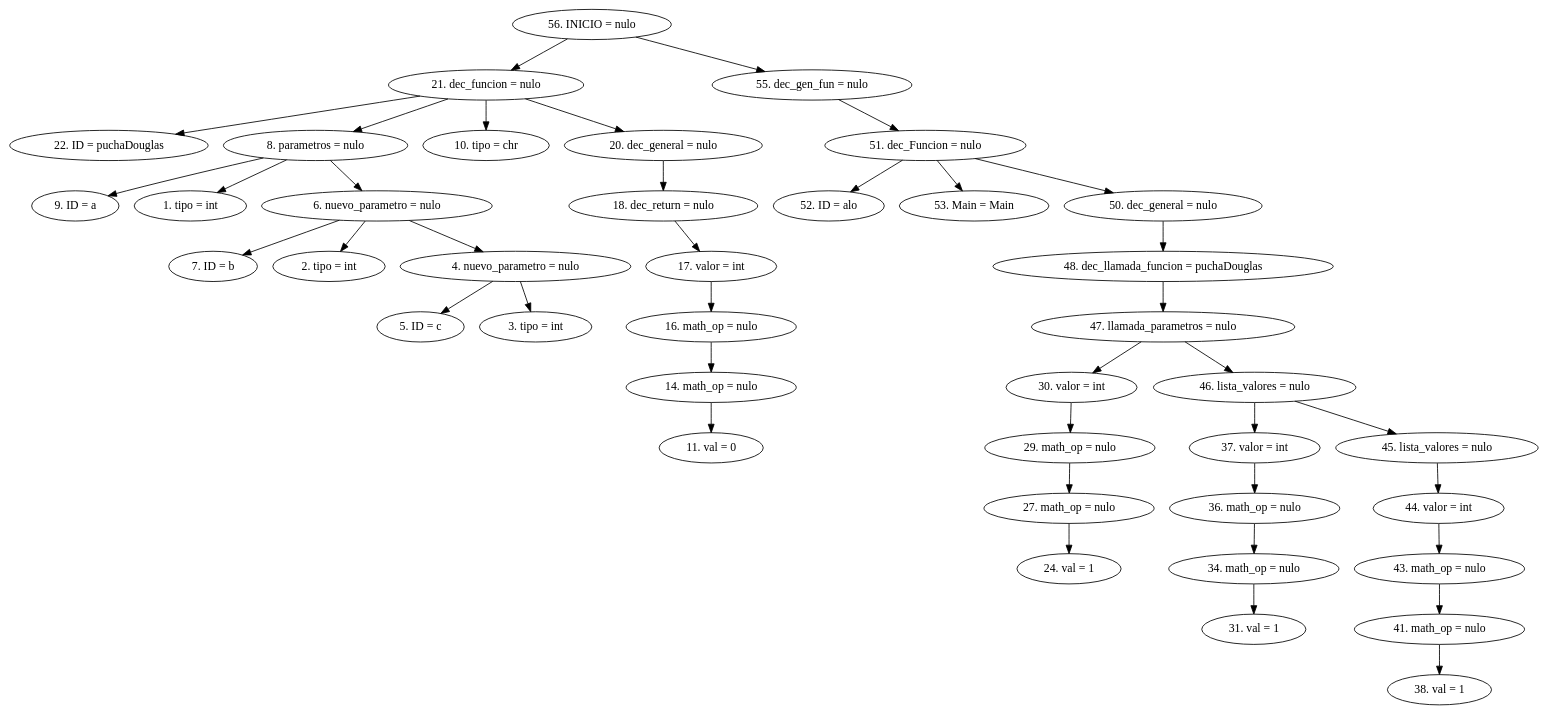
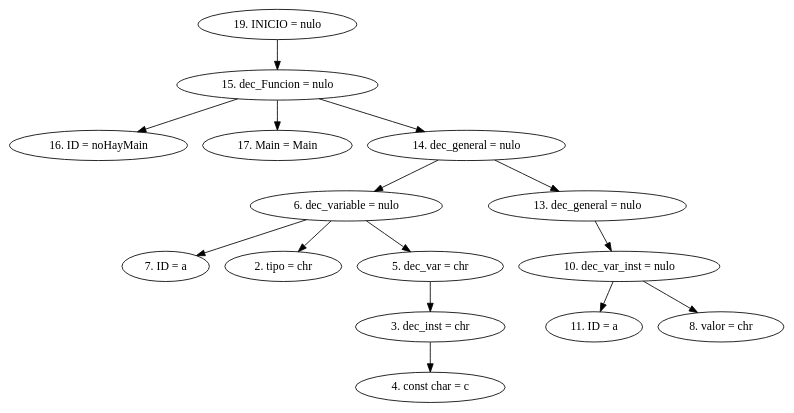
The diagram in AST.dot (CarlosSosVos/NACHTs), drawn with Graphviz before and after one commit. The commit also changed 11 other files, not shown here.

```diff
--- a/AST.dot
+++ b/AST.dot
@@ -1,43 +1,18 @@
 digraph G {
-"56. INICIO = nulo"->"21. dec_funcion = nulo"
-"21. dec_funcion = nulo"->"22. ID = puchaDouglas"
-"21. dec_funcion = nulo"->"8. parametros = nulo"
-"8. parametros = nulo"->"9. ID = a"
-"8. parametros = nulo"->"1. tipo = int"
-"8. parametros = nulo"->"6. nuevo_parametro = nulo"
-"6. nuevo_parametro = nulo"->"7. ID = b"
-"6. nuevo_parametro = nulo"->"2. tipo = int"
-"6. nuevo_parametro = nulo"->"4. nuevo_parametro = nulo"
-"4. nuevo_parametro = nulo"->"5. ID = c"
-"4. nuevo_parametro = nulo"->"3. tipo = int"
-"21. dec_funcion = nulo"->"10. tipo = chr"
-"21. dec_funcion = nulo"->"20. dec_general = nulo"
-"20. dec_general = nulo"->"18. dec_return = nulo"
-"18. dec_return = nulo"->"17. valor = int"
-"17. valor = int"->"16. math_op = nulo"
-"16. math_op = nulo"->"14. math_op = nulo"
-"14. math_op = nulo"->"11. val = 0"
-"56. INICIO = nulo"->"55. dec_gen_fun = nulo"
-"55. dec_gen_fun = nulo"->"51. dec_Funcion = nulo"
-"51. dec_Funcion = nulo"->"52. ID = alo"
-"51. dec_Funcion = nulo"->"53. Main = Main"
-"51. dec_Funcion = nulo"->"50. dec_general = nulo"
-"50. dec_general = nulo"->"48. dec_llamada_funcion = puchaDouglas"
-"48. dec_llamada_funcion = puchaDouglas"->"47. llamada_parametros = nulo"
-"47. llamada_parametros = nulo"->"30. valor = int"
-"30. valor = int"->"29. math_op = nulo"
-"29. math_op = nulo"->"27. math_op = nulo"
-"27. math_op = nulo"->"24. val = 1"
-"47. llamada_parametros = nulo"->"46. lista_valores = nulo"
-"46. lista_valores = nulo"->"37. valor = int"
-"37. valor = int"->"36. math_op = nulo"
-"36. math_op = nulo"->"34. math_op = nulo"
-"34. math_op = nulo"->"31. val = 1"
-"46. lista_valores = nulo"->"45. lista_valores = nulo"
-"45. lista_valores = nulo"->"44. valor = int"
-"44. valor = int"->"43. math_op = nulo"
-"43. math_op = nulo"->"41. math_op = nulo"
-"41. math_op = nulo"->"38. val = 1"
+"19. INICIO = nulo"->"15. dec_Funcion = nulo"
+"15. dec_Funcion = nulo"->"16. ID = noHayMain"
+"15. dec_Funcion = nulo"->"17. Main = Main"
+"15. dec_Funcion = nulo"->"14. dec_general = nulo"
+"14. dec_general = nulo"->"6. dec_variable = nulo"
+"6. dec_variable = nulo"->"7. ID = a"
+"6. dec_variable = nulo"->"2. tipo = chr"
+"6. dec_variable = nulo"->"5. dec_var = chr"
+"5. dec_var = chr"->"3. dec_inst = chr"
+"3. dec_inst = chr"->"4. const char = c"
+"14. dec_general = nulo"->"13. dec_general = nulo"
+"13. dec_general = nulo"->"10. dec_var_inst = nulo"
+"10. dec_var_inst = nulo"->"11. ID = a"
+"10. dec_var_inst = nulo"->"8. valor = chr"
 
 
 }
```
